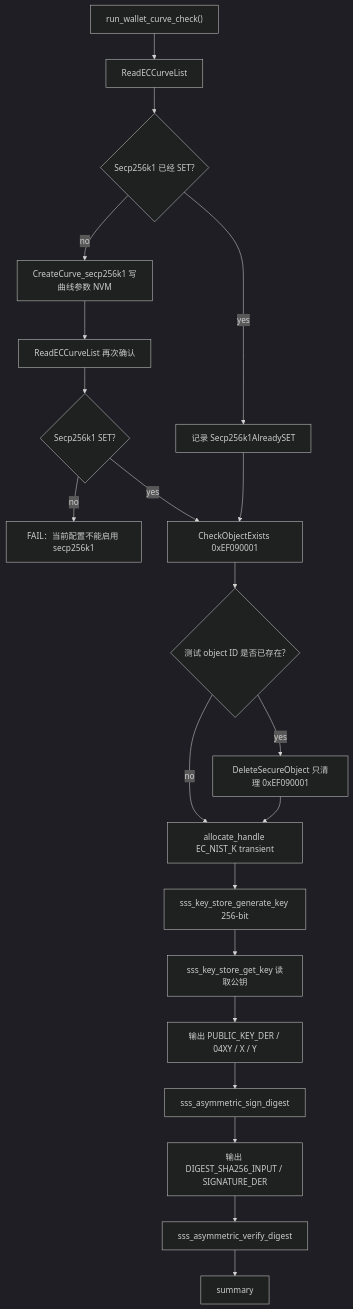
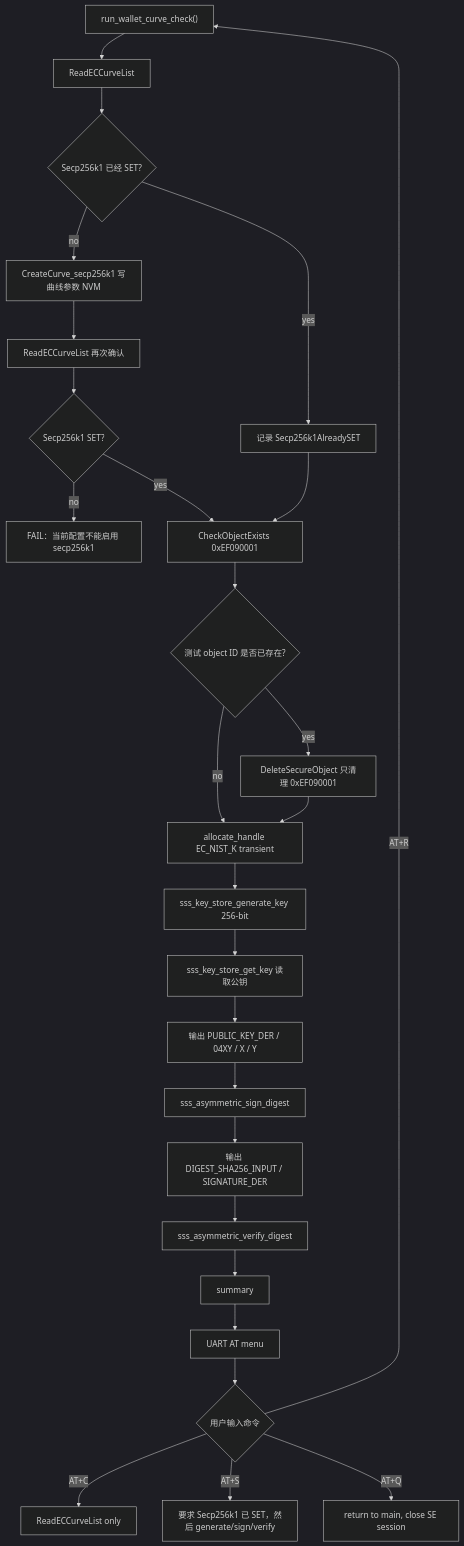
Before and after one commit to tianrking/nrf54lm20-se05x-ncs: diagram 14 of 14 in demo/README.md, drawn with Mermaid (dark theme). The commit also changed other lines of this file and 1 other file, not shown here.

````diff
--- a/demo/README.md
+++ b/demo/README.md
@@ -789,23 +799,29 @@
 ```mermaid
 flowchart TD
     A["run_wallet_curve_check()"] --> B["ReadECCurveList"]
     B --> C{"Secp256k1 已经 SET?"}
     C -->|yes| D["记录 Secp256k1AlreadySET"]
     C -->|no| E["CreateCurve_secp256k1 写曲线参数 NVM"]
     E --> F["ReadECCurveList 再次确认"]
     F --> G{"Secp256k1 SET?"}
     G -->|no| H["FAIL：当前配置不能启用 secp256k1"]
     G -->|yes| I["CheckObjectExists 0xEF090001"]
     D --> I
     I --> J{"测试 object ID 是否已存在?"}
     J -->|yes| K["DeleteSecureObject 只清理 0xEF090001"]
     J -->|no| L["allocate_handle EC_NIST_K transient"]
     K --> L
     L --> M["sss_key_store_generate_key 256-bit"]
     M --> N["sss_key_store_get_key 读取公钥"]
     N --> O["输出 PUBLIC_KEY_DER / 04XY / X / Y"]
     O --> P["sss_asymmetric_sign_digest"]
     P --> Q["输出 DIGEST_SHA256_INPUT / SIGNATURE_DER"]
     Q --> R["sss_asymmetric_verify_digest"]
     R --> S["summary"]
+    S --> T["UART AT menu"]
+    T --> U{"用户输入命令"}
+    U -->|"AT+R"| A
+    U -->|"AT+C"| V["ReadECCurveList only"]
+    U -->|"AT+S"| W["要求 Secp256k1 已 SET，然后 generate/sign/verify"]
+    U -->|"AT+Q"| X["return to main, close SE session"]
 ```
````
